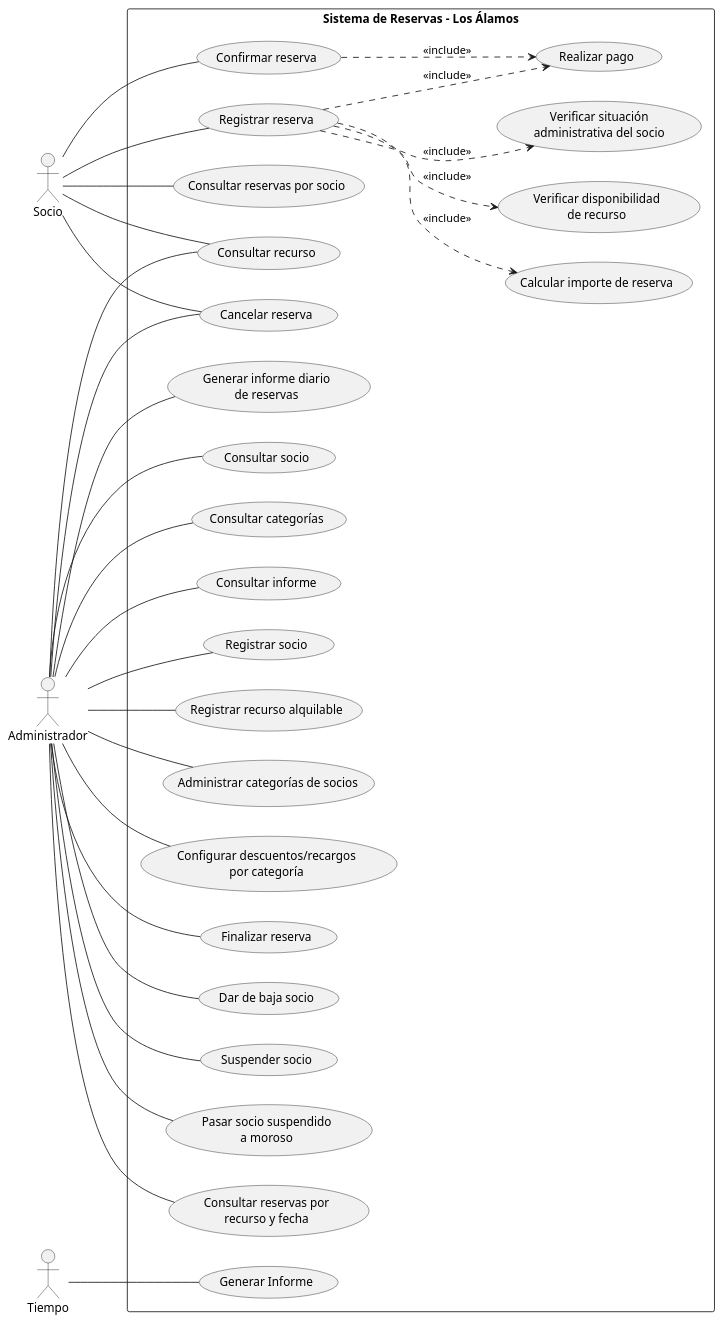
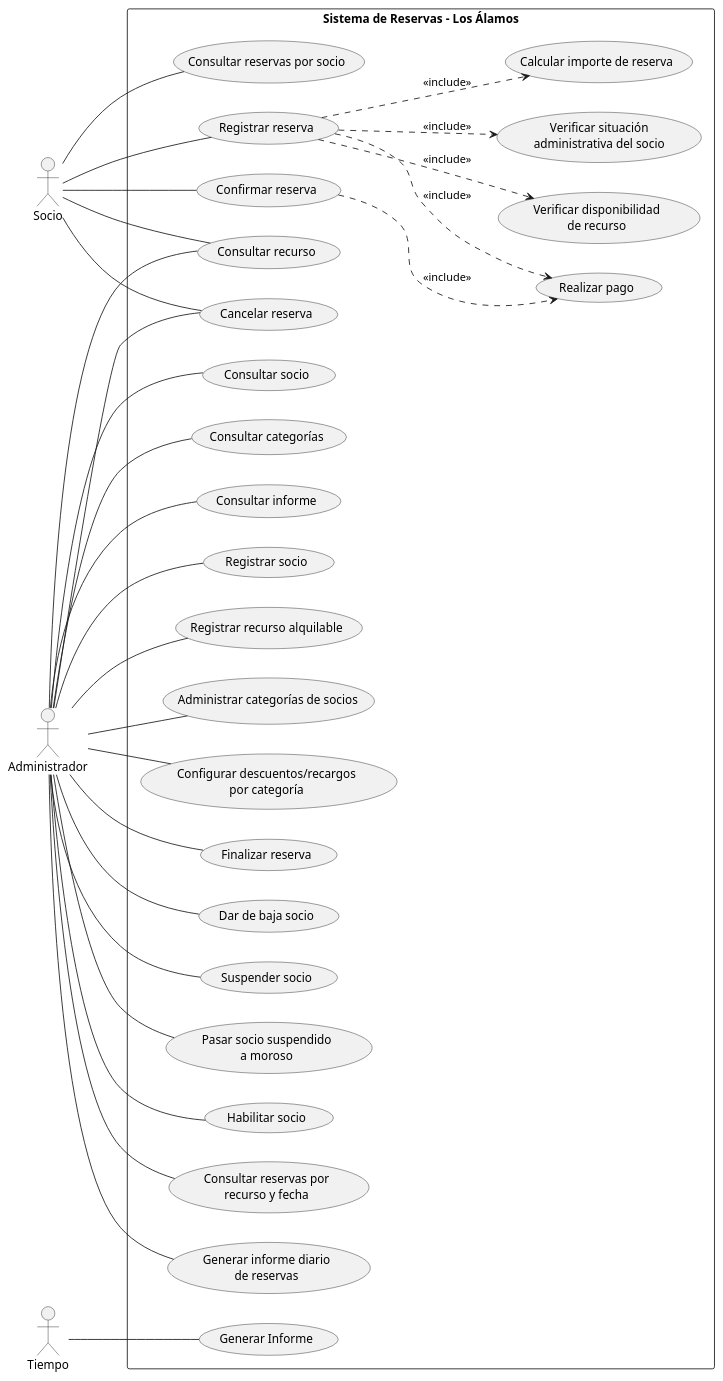
One commit to h3l333/proyecto-los-alamos changed the diagram in docs/casos-de-uso/diagrama-casos-uso.puml. Above: the diagram before and after it, drawn with PlantUML. The commit also changed 4 other files, not shown here.

Commit message:
Agrega habilitarSocio para pasar un socio suspendido o moroso a habilitado

```diff
--- a/docs/casos-de-uso/diagrama-casos-uso.puml
+++ b/docs/casos-de-uso/diagrama-casos-uso.puml
@@ -1,70 +1,72 @@
 @startuml diagrama-casos-uso-los-alamos
 
 left to right direction
 skinparam packageStyle rectangle
 
 actor Socio
 actor Administrador as Admin
 actor Tiempo
 
 rectangle "Sistema de Reservas - Los Álamos" {
     usecase "Registrar socio" as CU1
     usecase "Registrar recurso alquilable" as CU2
     usecase "Administrar categorías de socios" as CU3
     usecase "Configurar descuentos/recargos\npor categoría" as CU4
     usecase "Registrar reserva" as CU5
     usecase "Verificar disponibilidad\nde recurso" as CU5a
     usecase "Verificar situación\nadministrativa del socio" as CU5b
     usecase "Calcular importe de reserva" as CU5c
     usecase "Realizar pago" as CU5d
     usecase "Confirmar reserva" as CU6
     usecase "Cancelar reserva" as CU7
     usecase "Finalizar reserva" as CU7a
     usecase "Dar de baja socio" as CU1a
     usecase "Suspender socio" as CU1c
     usecase "Pasar socio suspendido\na moroso" as CU1b
+    usecase "Habilitar socio" as CU1d
     usecase "Consultar reservas por socio" as CU8
     usecase "Consultar reservas por\nrecurso y fecha" as CU9
     usecase "Generar informe diario\nde reservas" as CU10
     usecase "Consultar socio" as CU11
     usecase "Consultar categorías" as CU12
     usecase "Consultar recurso" as CU13
     usecase "Consultar informe" as CU14
     usecase "Generar Informe" as CU15
 }
 
 ' Alias como "Admin", "CU1" y "CU5a" sirven de identificadores internos
 ' dentro del código para posteriormente escribir las relaciones sin repetir
 ' los nombres completos de los CU.
 
 Socio -- CU5
 Socio -- CU6
 Socio -- CU7
 Socio -- CU8
 Socio -- CU13
 
 Admin -- CU1
 Admin -- CU1a
 Admin -- CU1b
 Admin -- CU1c
+Admin -- CU1d
 Admin -- CU7a
 Admin -- CU2
 Admin -- CU3
 Admin -- CU4
 Admin -- CU7
 Admin -- CU9
 Admin -- CU10
 Admin -- CU11
 Admin -- CU12
 Admin -- CU13
 Admin -- CU14
 
 Tiempo -- CU15
 
 CU5 ..> CU5a : <<include>>
 CU5 ..> CU5b : <<include>>
 CU5 ..> CU5c : <<include>>
 CU5 ..> CU5d : <<include>>
 CU6 ..> CU5d : <<include>>
 
 @enduml
```
